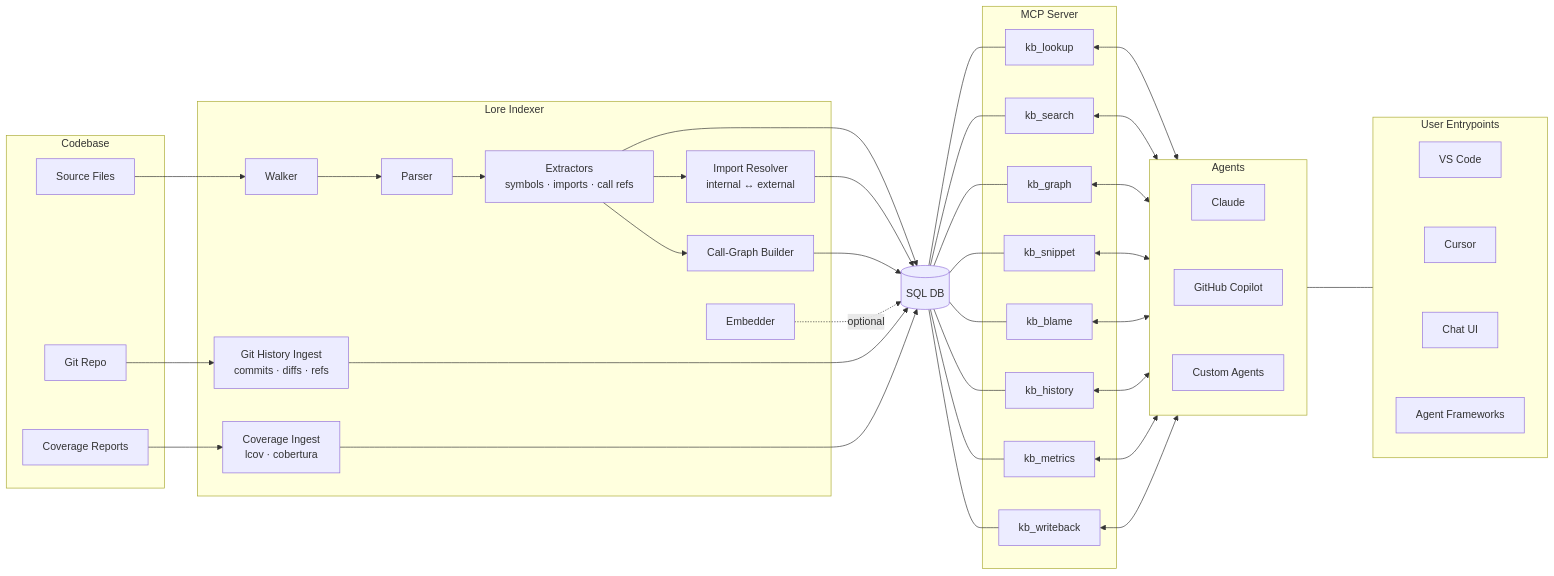
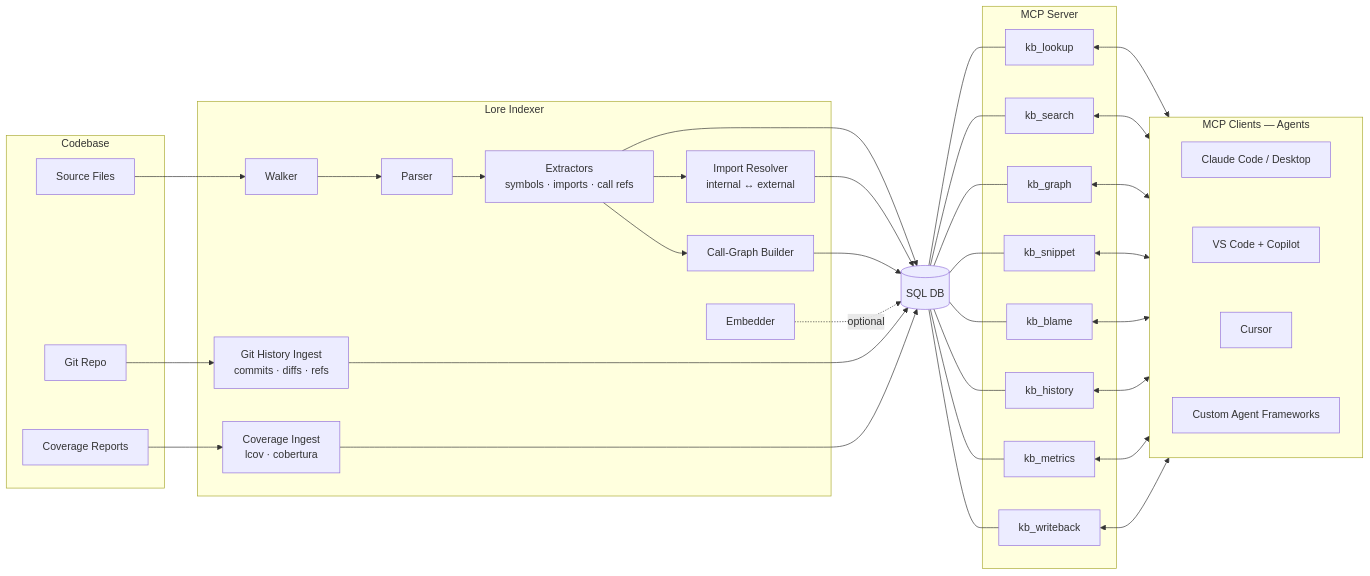
The diagram in README.md (jafreck/Lore), drawn with Mermaid before and after one commit.

Commit message:
docs: fix MCP architecture diagram to show agents not models (#87)
- Collapse redundant Agents + User Entrypoints subgraphs into single MCP Clients subgraph
- Rename Claude → Claude Code / Desktop (Claude is a model, not an agent)
- Merge VS Code + Copilot into one entry (Copilot is the agent inside VS Code)
- Move Cursor from Entrypoints into MCP Clients (it is itself an MCP client)
- Remove misleading intermediate layer between MCP server and clients

````diff
--- a/README.md
+++ b/README.md
@@ -24,60 +24,51 @@
 ```mermaid
 flowchart LR
     subgraph Codebase
         SRC[Source Files]
         GIT[Git Repo]
         COV[Coverage Reports]
     end
 
     subgraph Lore Indexer
         WALK[Walker]
         PARSE[Parser]
         EXTRACT[Extractors<br/>symbols · imports · call refs]
         RESOLVE[Import Resolver<br/>internal ↔ external]
         CALLGRAPH[Call-Graph Builder]
         EMBED[Embedder]
         GITHIST[Git History Ingest<br/>commits · diffs · refs]
         COVINGEST[Coverage Ingest<br/>lcov · cobertura]
     end
 
     DB[(SQL DB)]
 
     subgraph MCP Server
         LOOKUP[kb_lookup]
         SEARCH[kb_search]
         GRAPH[kb_graph]
         SNIPPET[kb_snippet]
         BLAME[kb_blame]
         HISTORY[kb_history]
         METRICS[kb_metrics]
         WRITEBACK[kb_writeback]
     end
 
-    subgraph LLM_AGENTS[Agents]
-        CLAUDE[Claude]
-        COPILOT[GitHub Copilot]
-        CUSTOM_AGENT[Custom Agents]
-        CLAUDE ~~~ COPILOT ~~~ CUSTOM_AGENT
-    end
-
-    subgraph ENTRY[User Entrypoints]
-        VSCODE[VS Code]
+    subgraph MCP_CLIENTS[MCP Clients — Agents]
+        CLAUDE_CODE[Claude Code / Desktop]
+        COPILOT[VS Code + Copilot]
         CURSOR[Cursor]
-        CHAT[Chat UI]
-        ORCH[Agent Frameworks]
-        VSCODE ~~~ CURSOR ~~~ CHAT ~~~ ORCH
+        CUSTOM[Custom Agent Frameworks]
+        CLAUDE_CODE ~~~ COPILOT ~~~ CURSOR ~~~ CUSTOM
     end
 
     SRC --> WALK --> PARSE --> EXTRACT
     EXTRACT --> RESOLVE & CALLGRAPH
     EXTRACT & RESOLVE & CALLGRAPH --> DB
     EMBED -.->|optional| DB
     GIT --> GITHIST --> DB
     COV --> COVINGEST --> DB
 
     DB --- LOOKUP & SEARCH & GRAPH & SNIPPET & BLAME & HISTORY & METRICS & WRITEBACK
 
-    LOOKUP & SEARCH & GRAPH & SNIPPET & BLAME & HISTORY & METRICS & WRITEBACK <--> LLM_AGENTS
-
-    LLM_AGENTS <--- ENTRY
+    LOOKUP & SEARCH & GRAPH & SNIPPET & BLAME & HISTORY & METRICS & WRITEBACK <--> MCP_CLIENTS
 ```
````
